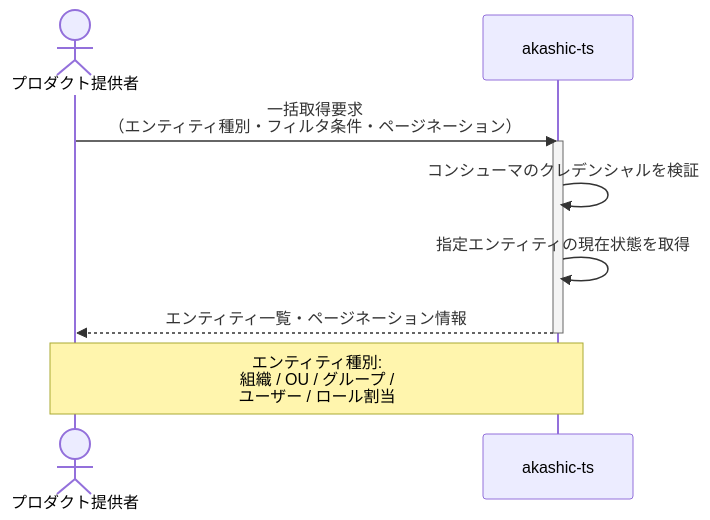
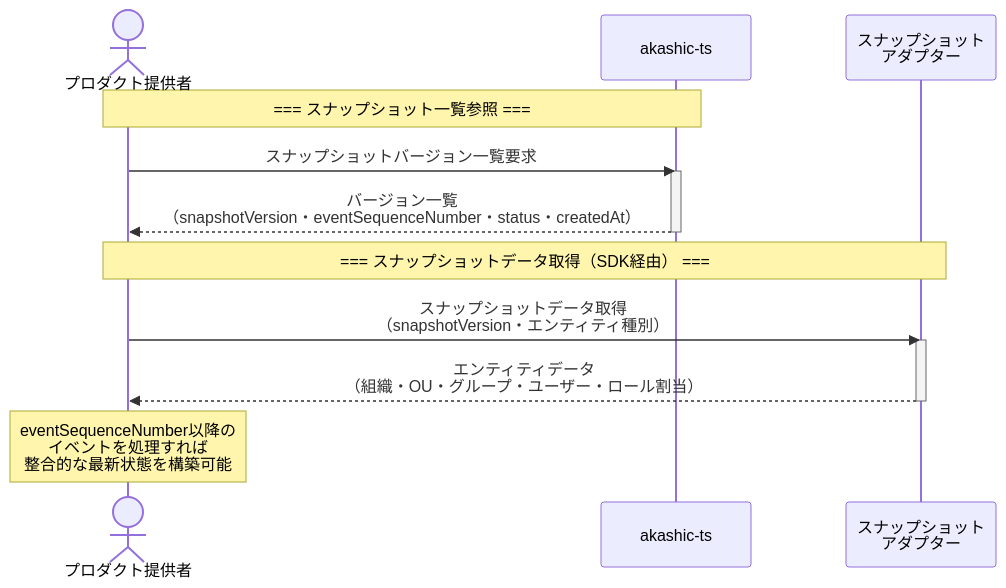
Before and after one commit to iwasa-kosui/monorepo: the fourth of 5 diagrams in apps/akashic-ts/docs/rdra/contexts/event-streaming.md, drawn with Mermaid. The commit also changed other lines of this file and 3 other files, not shown here.

````diff
--- a/apps/akashic-ts/docs/rdra/contexts/event-streaming.md
+++ b/apps/akashic-ts/docs/rdra/contexts/event-streaming.md
@@ -247,14 +285,20 @@
 ```mermaid
 sequenceDiagram
     actor P as プロダクト提供者
     participant S as akashic-ts
+    participant SA as スナップショット<br/>アダプター
 
-    P->>S: 一括取得要求<br/>（エンティティ種別・フィルタ条件・ページネーション）
+    Note over P,S: === スナップショット一覧参照 ===
+    P->>S: スナップショットバージョン一覧要求
     activate S
-    S->>S: コンシューマのクレデンシャルを検証
-    S->>S: 指定エンティティの現在状態を取得
-    S-->>P: エンティティ一覧・ページネーション情報
+    S-->>P: バージョン一覧<br/>（snapshotVersion・eventSequenceNumber・status・createdAt）
     deactivate S
 
-    Note over P,S: エンティティ種別:<br/>組織 / OU / グループ /<br/>ユーザー / ロール割当
+    Note over P,SA: === スナップショットデータ取得（SDK経由） ===
+    P->>SA: スナップショットデータ取得<br/>（snapshotVersion・エンティティ種別）
+    activate SA
+    SA-->>P: エンティティデータ<br/>（組織・OU・グループ・ユーザー・ロール割当）
+    deactivate SA
+
+    Note over P: eventSequenceNumber以降の<br/>イベントを処理すれば<br/>整合的な最新状態を構築可能
 ```
````
